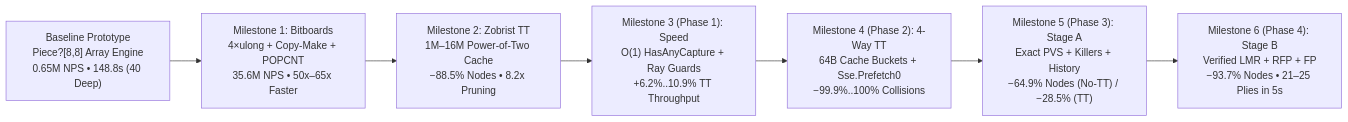
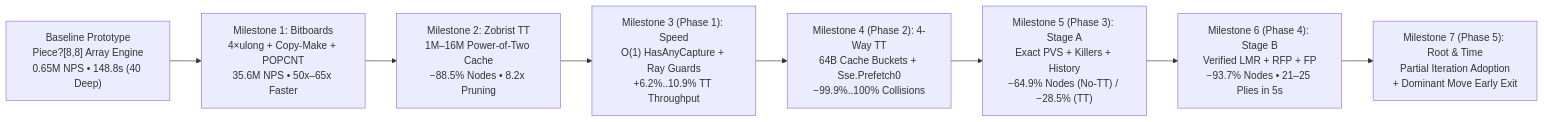
The diagram in docs/brain/11-engine-improvements.md (cjp-dev/Checkers), drawn with Mermaid before and after one commit. The commit also changed other lines of this file and 4 other files, not shown here.

Commit message:
Phase 5: Other (Root & Time Management) completed

````diff
--- a/docs/brain/11-engine-improvements.md
+++ b/docs/brain/11-engine-improvements.md
@@ -20,9 +20,10 @@
 ```mermaid
 flowchart LR
     M0["Baseline Prototype<br/>Piece?[8,8] Array Engine<br/>0.65M NPS • 148.8s (40 Deep)"] --> M1["Milestone 1: Bitboards<br/>4×ulong + Copy-Make + POPCNT<br/>35.6M NPS • 50x–65x Faster"]
     M1 --> M2["Milestone 2: Zobrist TT<br/>1M–16M Power-of-Two Cache<br/>−88.5% Nodes • 8.2x Pruning"]
     M2 --> P1["Milestone 3 (Phase 1): Speed<br/>O(1) HasAnyCapture + Ray Guards<br/>+6.2%..10.9% TT Throughput"]
     P1 --> P2["Milestone 4 (Phase 2): 4-Way TT<br/>64B Cache Buckets + Sse.Prefetch0<br/>−99.9%..100% Collisions"]
     P2 --> P3["Milestone 5 (Phase 3): Stage A<br/>Exact PVS + Killers + History<br/>−64.9% Nodes (No-TT) / −28.5% (TT)"]
     P3 --> P4["Milestone 6 (Phase 4): Stage B<br/>Verified LMR + RFP + FP<br/>−93.7% Nodes • 21–25 Plies in 5s"]
+    P4 --> P5["Milestone 7 (Phase 5): Root &amp; Time<br/>Partial Iteration Adoption<br/>+ Dominant Move Early Exit"]
 ```
````
